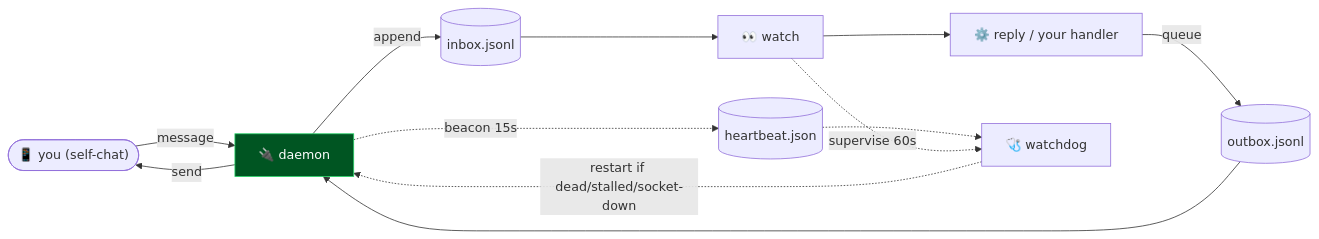
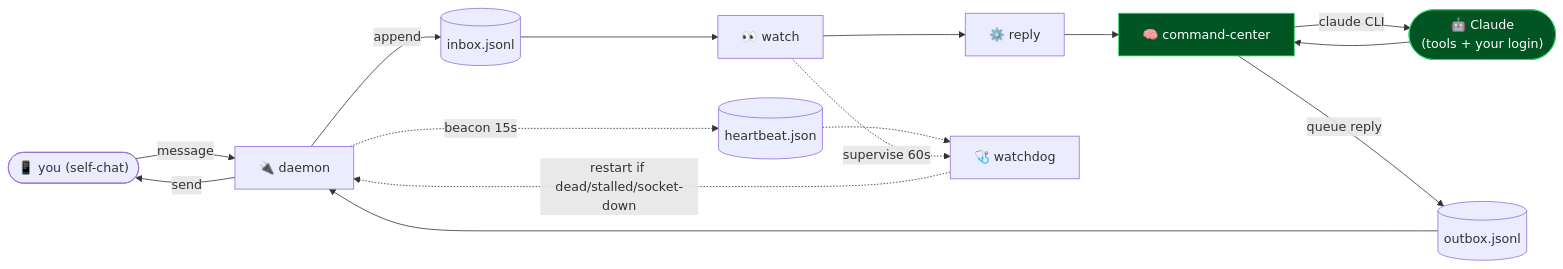
The diagram in README.md (Wassimyounes01/whatsapp-command-channel), drawn with Mermaid before and after one commit. The commit also changed other lines of this file and 4 other files, not shown here.

First line of the commit message:
feat: Claude command center via the claude CLI (your own login, no API key)

````diff
--- a/README.md
+++ b/README.md
@@ -47,16 +58,20 @@
 ```mermaid
 flowchart LR
     YOU(["📱 you (self-chat)"]) -->|message| D["🔌 daemon"]
     D -->|append| IN[("inbox.jsonl")]
     IN --> W["👀 watch"]
-    W --> R["⚙️ reply / your handler"]
-    R -->|queue| OUT[("outbox.jsonl")]
+    W --> R["⚙️ reply"]
+    R --> CC["🧠 command-center"]
+    CC -->|claude CLI| CL(["🤖 Claude<br/>(tools + your login)"])
+    CL --> CC
+    CC -->|queue reply| OUT[("outbox.jsonl")]
     OUT --> D
     D -->|send| YOU
     D -.->|beacon 15s| HB[("heartbeat.json")]
     HB -.-> WD["🩺 watchdog"]
     W -.->|supervise 60s| WD
     WD -.->|restart if dead/stalled/socket-down| D
     classDef acc fill:#052,stroke:#25D366,color:#fff;
-    class D acc;
+    class CC acc;
+    class CL acc;
 ```
````
